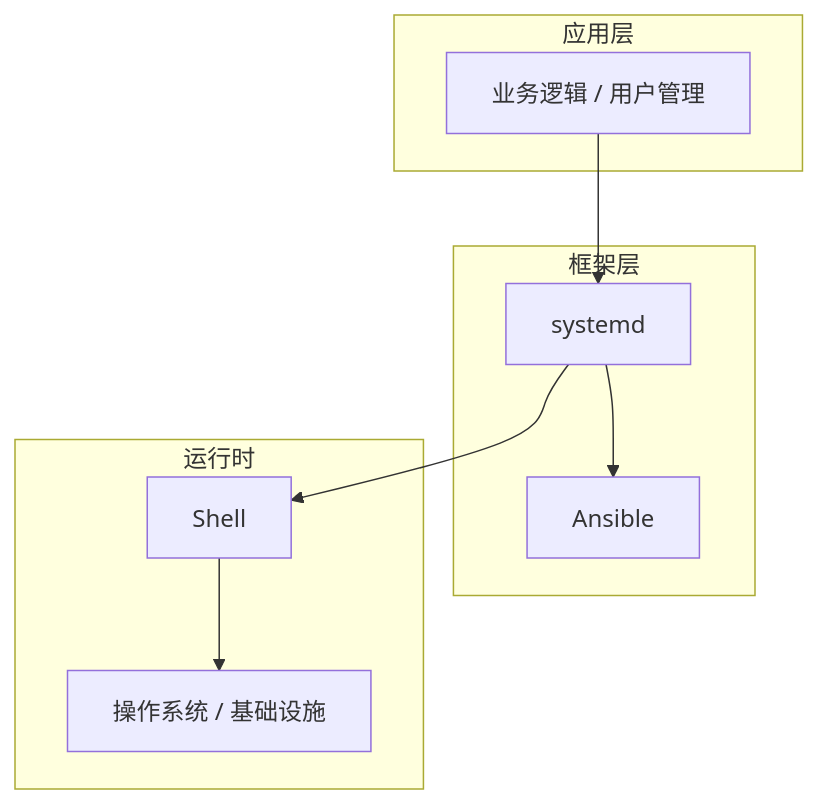
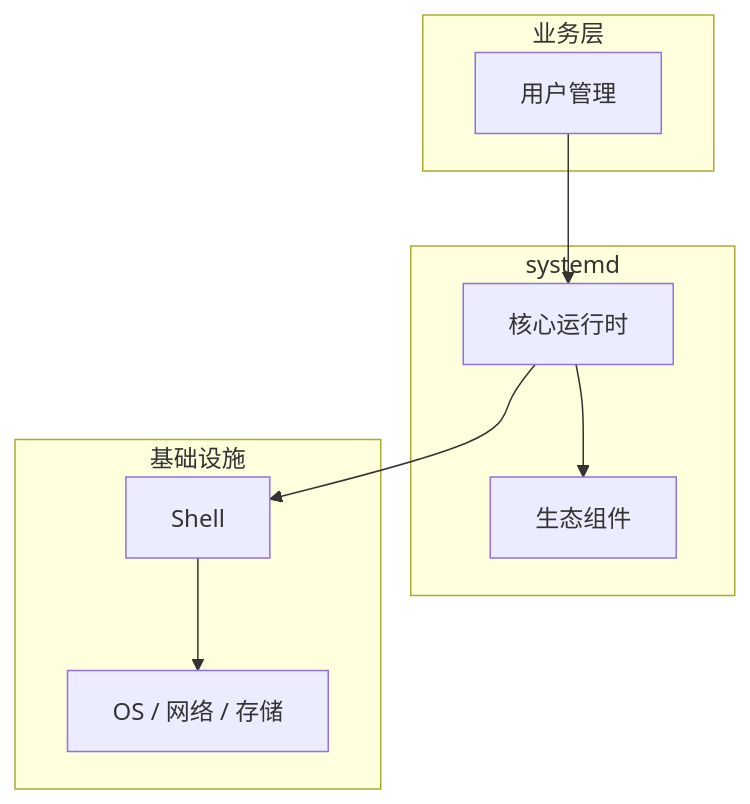
The diagram in articles/Linux运维/chapters/007-用户管理核心概念与原理.md (yanggan2015/knowledge-json-v2), drawn with Mermaid before and after one commit. The commit also changed other lines of this file and 10127 other files, not shown here.

````diff
--- a/articles/Linux运维/chapters/007-用户管理核心概念与原理.md
+++ b/articles/Linux运维/chapters/007-用户管理核心概念与原理.md
@@ -45,18 +34,18 @@
 ```mermaid
 graph TB
-    subgraph 应用层
-        A[业务逻辑 / 用户管理]
+    subgraph 业务层
+        A[用户管理]
     end
-    subgraph 框架层
-        B[systemd]
-        C[Ansible]
+    subgraph systemd
+        B[核心运行时]
+        C[生态组件]
     end
-    subgraph 运行时
+    subgraph 基础设施
         D[Shell]
-        E[操作系统 / 基础设施]
+        E[OS / 网络 / 存储]
     end
     A --> B
     B --> C
     B --> D
     D --> E
 ```
````
